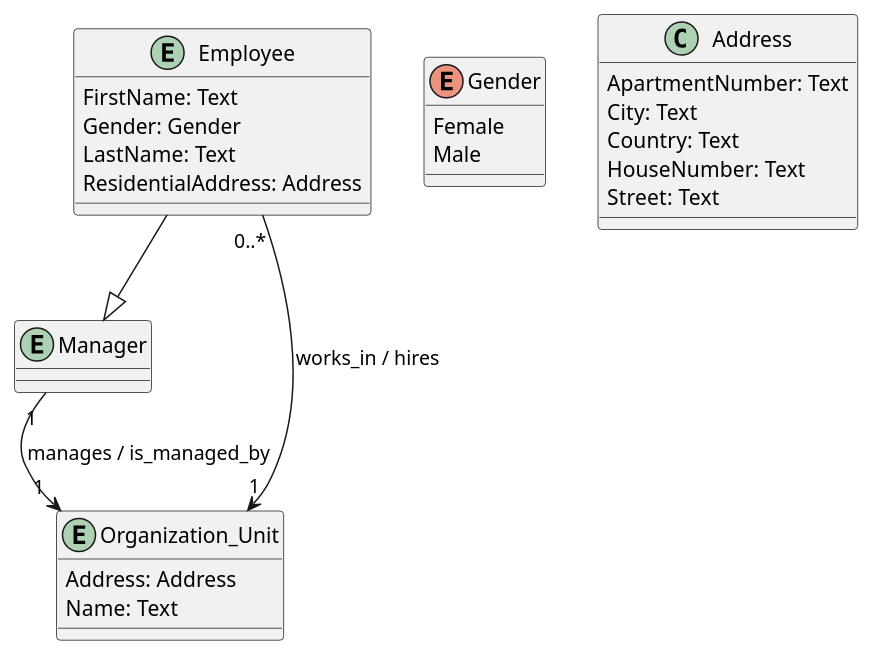
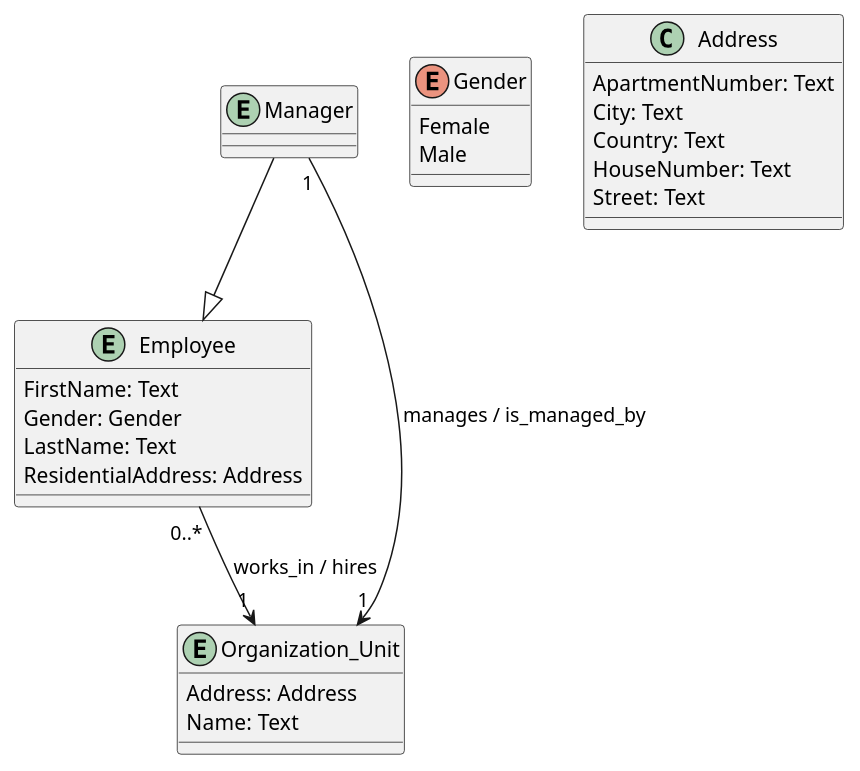
The diagram in src/Modeler.ConceptualModel.UnitTests/Views/PlantUml/OrganizationStructure_snapshot.puml (kgrzybek/modeler), drawn with PlantUML before and after one commit. The commit also changed 10 other files, not shown here.

```diff
--- a/src/Modeler.ConceptualModel.UnitTests/Views/PlantUml/OrganizationStructure_snapshot.puml
+++ b/src/Modeler.ConceptualModel.UnitTests/Views/PlantUml/OrganizationStructure_snapshot.puml
@@ -1,35 +1,35 @@
 @startuml
 
 entity "Employee" {
     FirstName: Text
     Gender: Gender
     LastName: Text
     ResidentialAddress: Address
 }
 
 entity "Manager" {
 }
 
 entity "Organization_Unit" {
     Address: Address
     Name: Text
 }
 
 enum "Gender" {
     Female
     Male
 }
 
 class "Address" {
     ApartmentNumber: Text
     City: Text
     Country: Text
     HouseNumber: Text
     Street: Text
 }
 
 "Employee" "0..*" --> "1" "Organization_Unit" : "works_in / hires" 
-"Employee" --|> "Manager" 
+"Manager" --|> "Employee" 
 "Manager" "1" --> "1" "Organization_Unit" : "manages / is_managed_by" 
 
 @enduml
```
